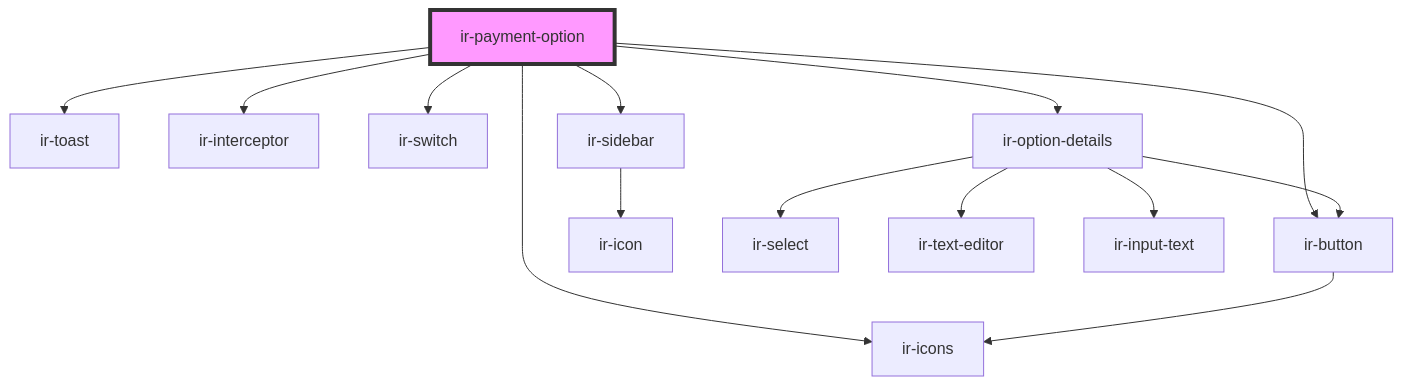
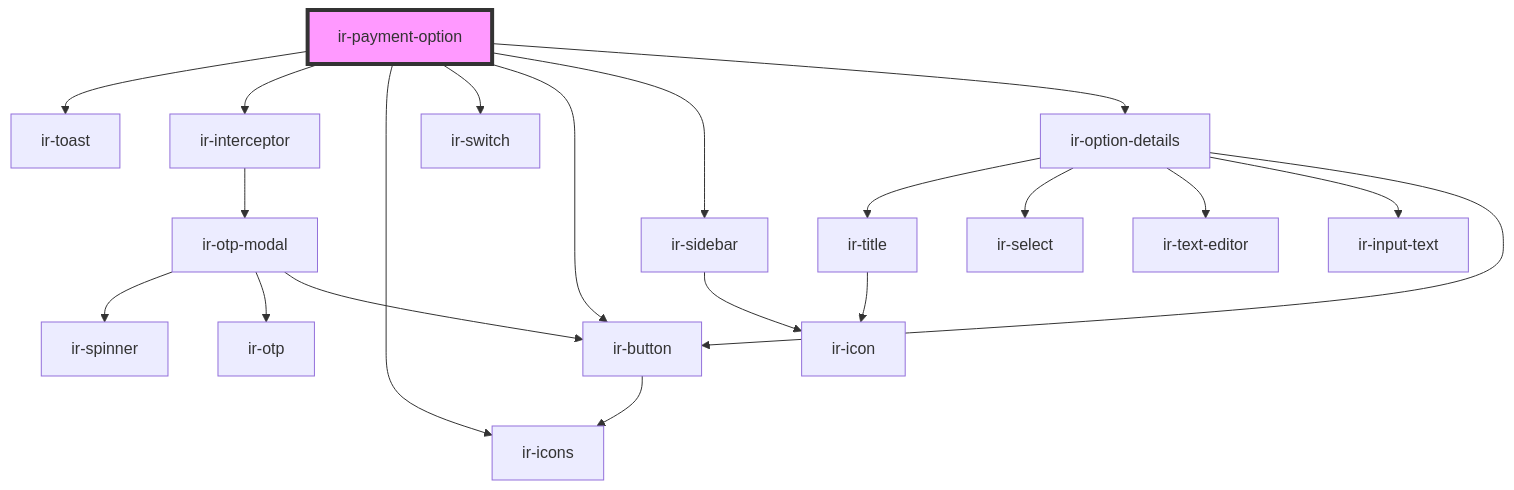
The diagram in src/components/ir-payment-option/readme.md (RonyRizk/ir-webcmp), drawn with Mermaid before and after one commit. The commit also changed 293 other files, not shown here.

````diff
--- a/src/components/ir-payment-option/readme.md
+++ b/src/components/ir-payment-option/readme.md
@@ -40,17 +40,23 @@
 ```mermaid
 graph TD;
   ir-payment-option --> ir-toast
   ir-payment-option --> ir-interceptor
   ir-payment-option --> ir-icons
   ir-payment-option --> ir-switch
   ir-payment-option --> ir-button
   ir-payment-option --> ir-sidebar
   ir-payment-option --> ir-option-details
+  ir-interceptor --> ir-otp-modal
+  ir-otp-modal --> ir-spinner
+  ir-otp-modal --> ir-otp
+  ir-otp-modal --> ir-button
   ir-button --> ir-icons
   ir-sidebar --> ir-icon
+  ir-option-details --> ir-title
   ir-option-details --> ir-select
   ir-option-details --> ir-text-editor
   ir-option-details --> ir-input-text
   ir-option-details --> ir-button
+  ir-title --> ir-icon
   style ir-payment-option fill:#f9f,stroke:#333,stroke-width:4px
 ```
````
